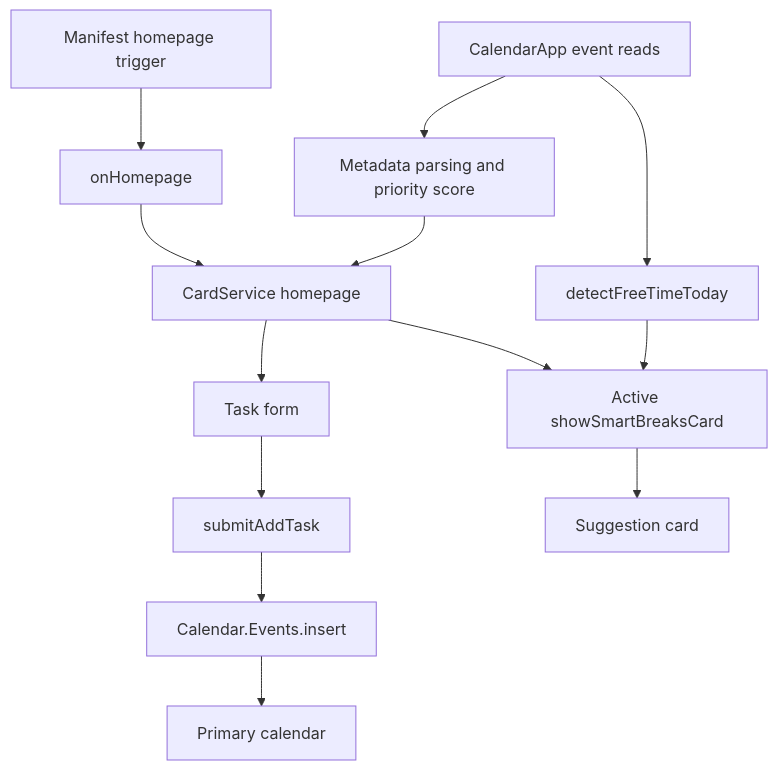
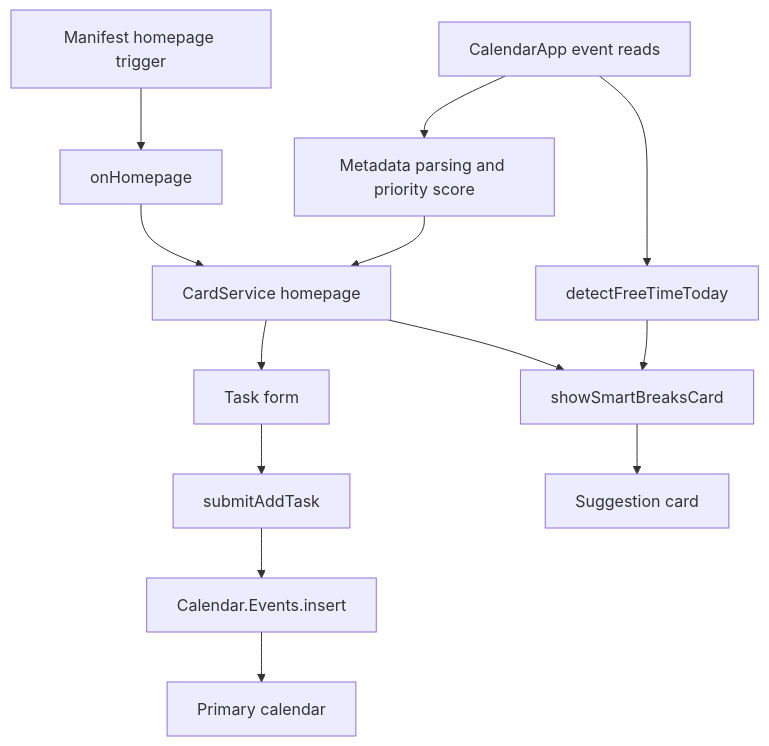
The diagram in ENGINEERING.md (zichenz7/Smart_Calendar_Assistant), drawn with Mermaid before and after one commit. The commit also changed other lines of this file and 5 other files, not shown here.

````diff
--- a/ENGINEERING.md
+++ b/ENGINEERING.md
@@ -9,15 +9,15 @@
 ```mermaid
 flowchart TD
     A[Manifest homepage trigger] --> B[onHomepage]
     B --> C[CardService homepage]
     D[CalendarApp event reads] --> E[Metadata parsing and priority score]
     E --> C
     C --> F[Task form]
     F --> G[submitAddTask]
     G --> H[Calendar.Events.insert]
     H --> I[Primary calendar]
-    C --> J[Active showSmartBreaksCard]
+    C --> J[showSmartBreaksCard]
     D --> K[detectFreeTimeToday]
     K --> J
     J --> L[Suggestion card]
 ```
````
